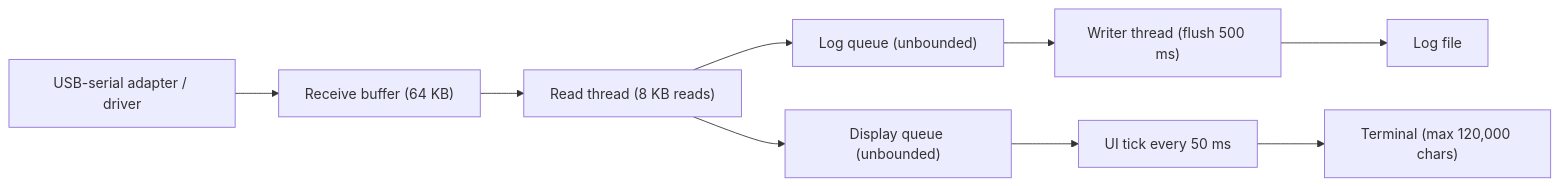
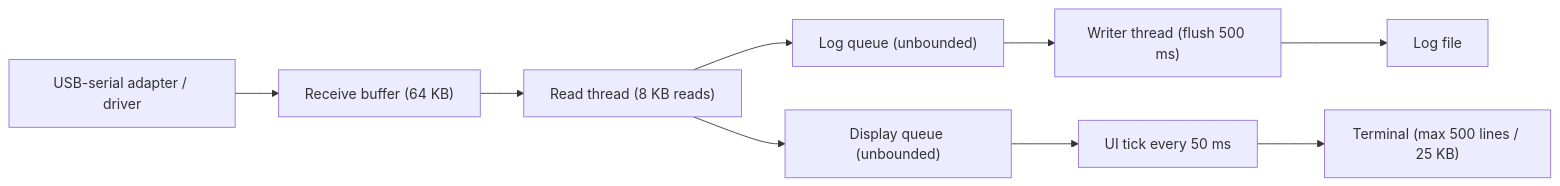
The diagram in docs/LIMITS.md (congsy3004/ViLogger), drawn with Mermaid before and after one commit. The commit also changed other lines of this file and 4 other files, not shown here.

````diff
--- a/docs/LIMITS.md
+++ b/docs/LIMITS.md
@@ -14,11 +14,11 @@
 ```mermaid
 flowchart LR
     A["USB-serial adapter / driver"] --> B["Receive buffer (64 KB)"]
     B --> C["Read thread (8 KB reads)"]
     C --> D["Log queue (unbounded)"]
     D --> E["Writer thread (flush 500 ms)"]
     E --> F["Log file"]
     C --> G["Display queue (unbounded)"]
     G --> H["UI tick every 50 ms"]
-    H --> I["Terminal (max 120,000 chars)"]
+    H --> I["Terminal (max 500 lines / 25 KB)"]
 ```
````
